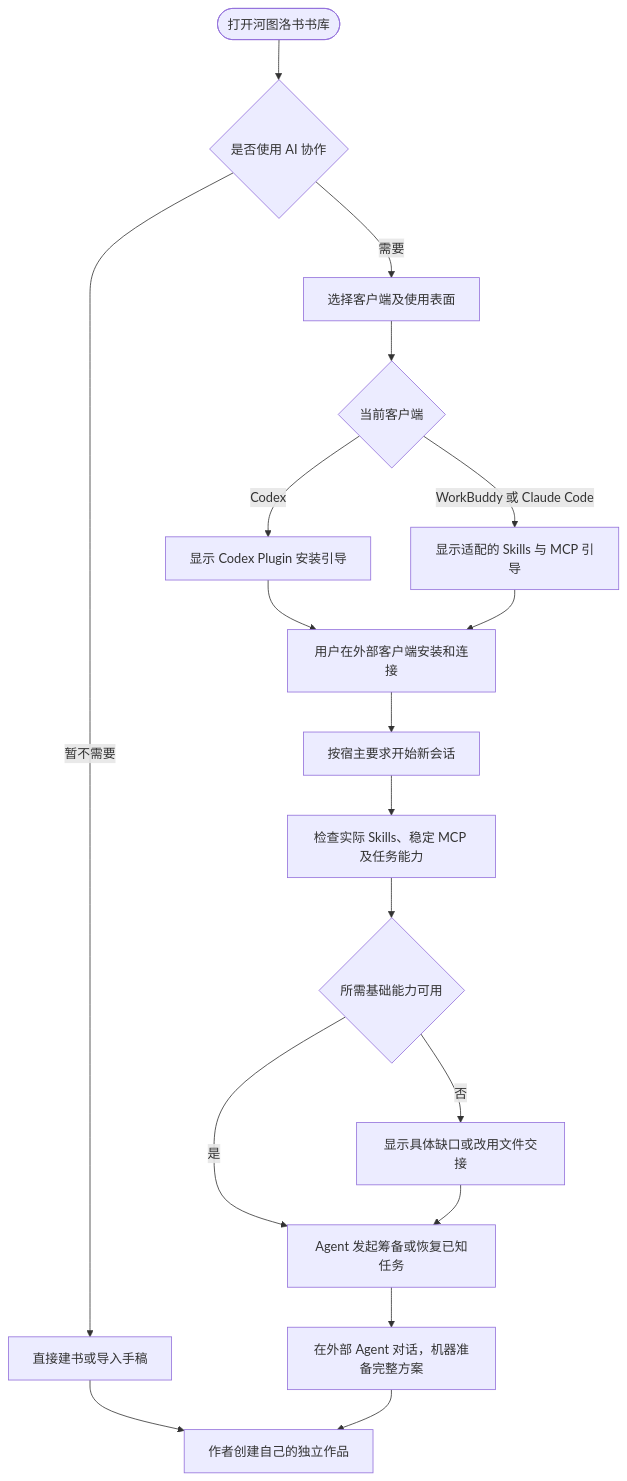
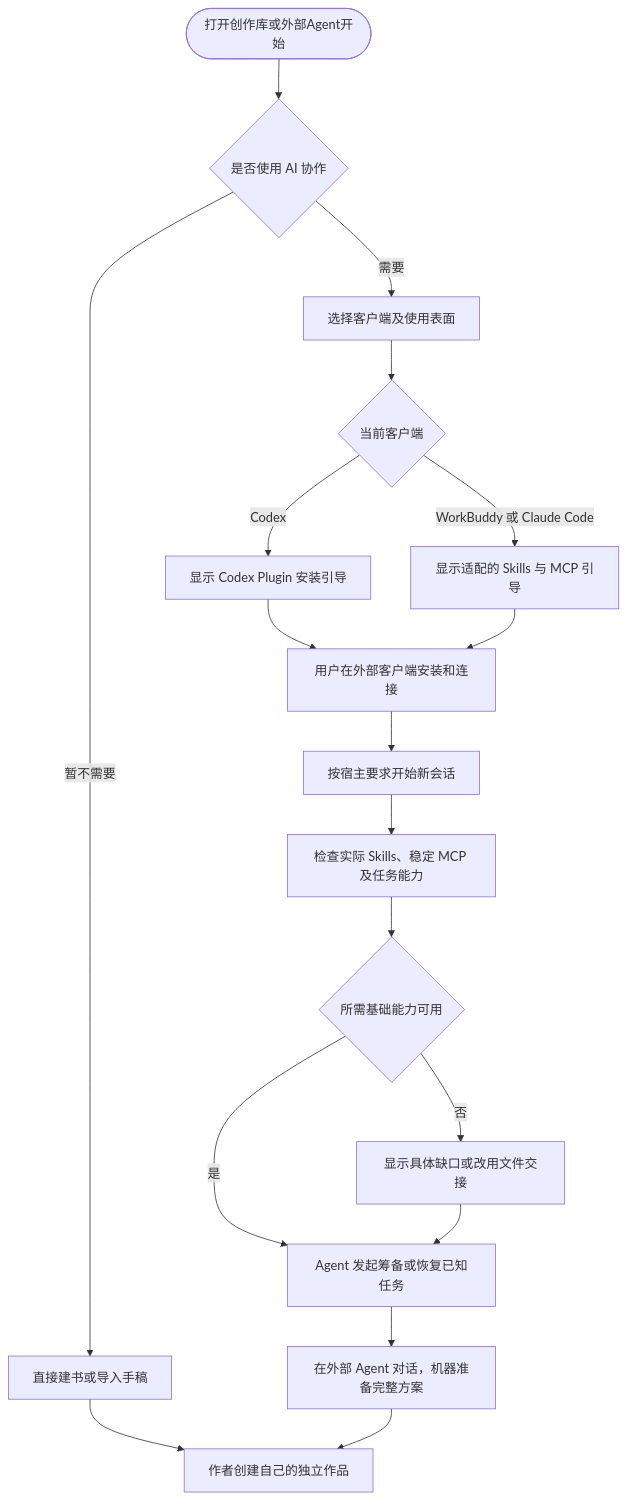
Before and after one commit to limecloud/hetu: the third of 54 diagrams in docs/23-业务流程与MCP时序.md, drawn with Mermaid. The commit also changed other lines of this file and 798 other files, not shown here.

````diff
--- a/docs/23-业务流程与MCP时序.md
+++ b/docs/23-业务流程与MCP时序.md
@@ -75,20 +76,20 @@
 ```mermaid
 flowchart TD
-    start(["打开河图洛书书库"]) --> mode{"是否使用 AI 协作"}
+    start(["打开创作库或外部Agent开始"]) --> mode{"是否使用 AI 协作"}
     mode -->|"暂不需要"| manual["直接建书或导入手稿"]
     mode -->|"需要"| choose["选择客户端及使用表面"]
     choose --> type{"当前客户端"}
     type -->|"Codex"| plugin["显示 Codex Plugin 安装引导"]
     type -->|"WorkBuddy 或 Claude Code"| skills["显示适配的 Skills 与 MCP 引导"]
     plugin --> install["用户在外部客户端安装和连接"]
     skills --> install
     install --> newSession["按宿主要求开始新会话"]
     newSession --> check["检查实际 Skills、稳定 MCP 及任务能力"]
     check --> usable{"所需基础能力可用"}
     usable -->|"是"| task["Agent 发起筹备或恢复已知任务"]
     usable -->|"否"| resolve["显示具体缺口或改用文件交接"]
     resolve --> task
     manual --> book["作者创建自己的独立作品"]
     task --> concept["在外部 Agent 对话，机器准备完整方案"]
     concept --> book
 ```
````
